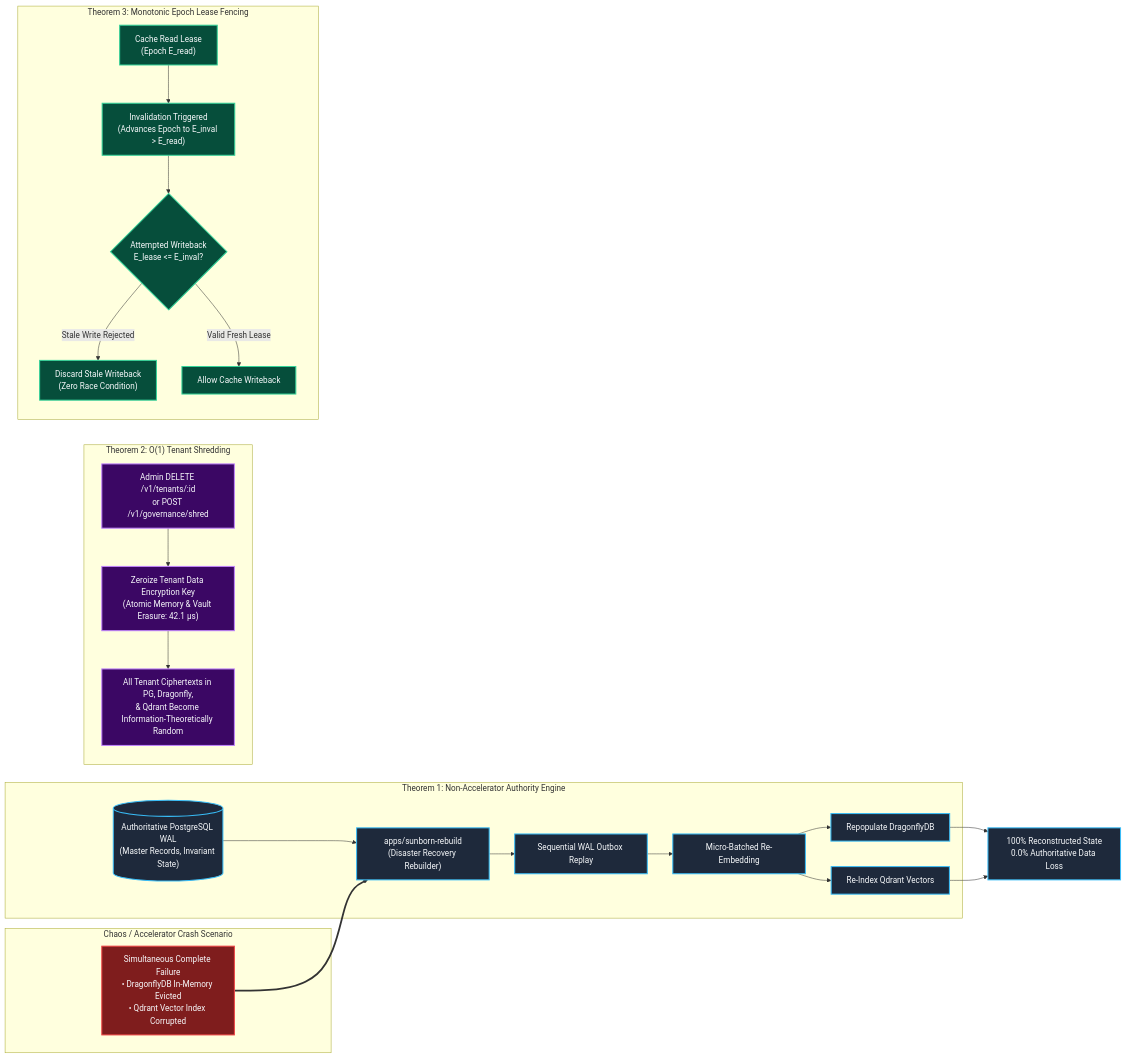
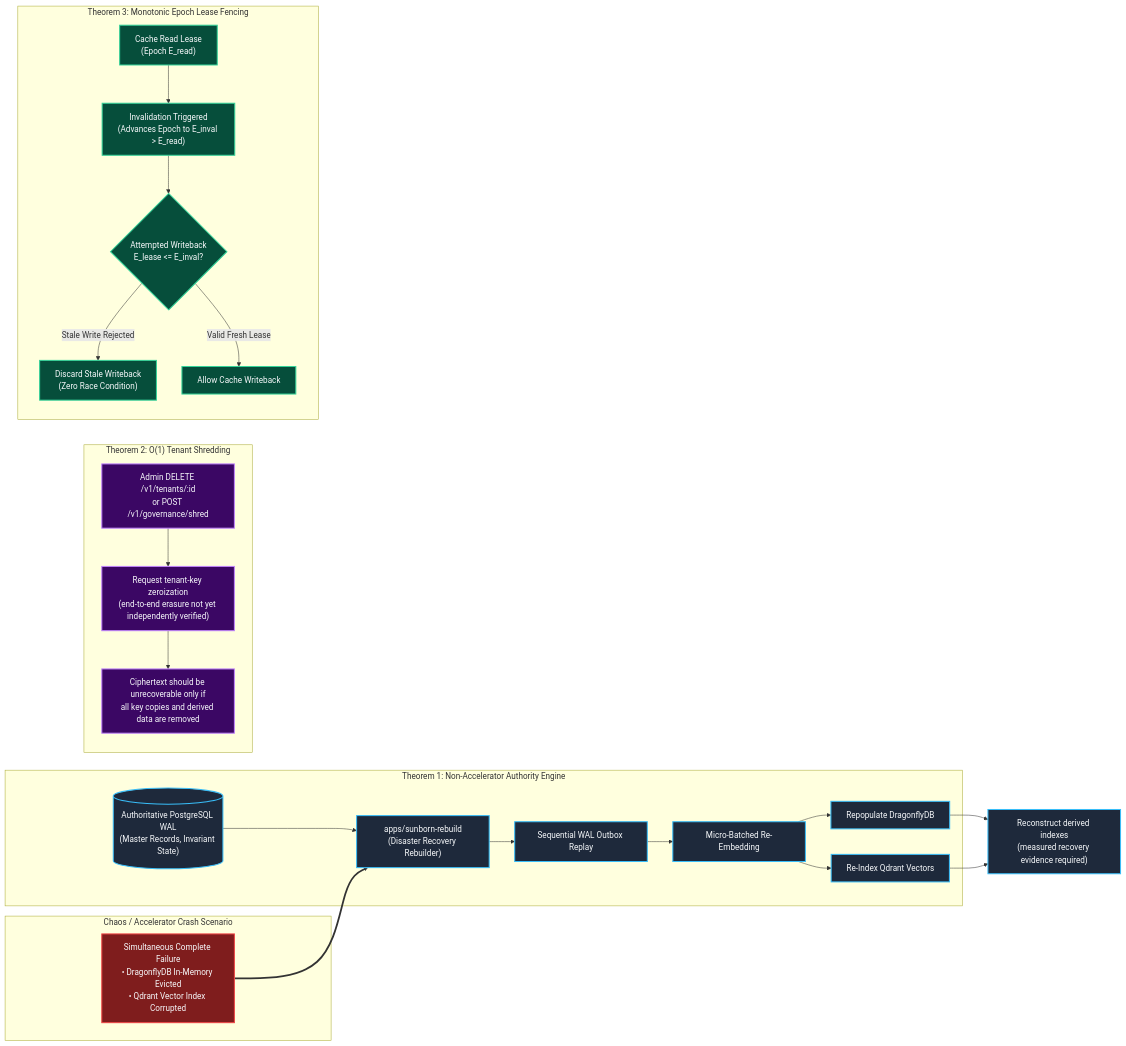
Before and after one commit to Monkey0-9/Sunborn: the third of 4 diagrams in README.md, drawn with Mermaid. The commit also changed other lines of this file and 28 other files, not shown here.

````diff
--- a/README.md
+++ b/README.md
@@ -197,39 +195,39 @@
 ```mermaid
 flowchart LR
     subgraph CatastrophicFailure["Chaos / Accelerator Crash Scenario"]
         Crash["Simultaneous Complete Failure<br/>• DragonflyDB In-Memory Evicted<br/>• Qdrant Vector Index Corrupted"]
     end
 
     subgraph NonAcceleratorAuthority["Theorem 1: Non-Accelerator Authority Engine"]
         PostgresWAL[("Authoritative PostgreSQL WAL<br/>(Master Records, Invariant State)")] --> RebuildTool["apps/sunborn-rebuild<br/>(Disaster Recovery Rebuilder)"]
         RebuildTool --> StreamReplay["Sequential WAL Outbox Replay"]
         StreamReplay --> DenseReembed["Micro-Batched Re-Embedding"]
         DenseReembed --> RestoreDragonfly["Repopulate DragonflyDB"]
         DenseReembed --> RestoreQdrant["Re-Index Qdrant Vectors"]
     end
 
     subgraph CryptoShredding["Theorem 2: O(1) Tenant Shredding"]
-        ShredReq["Admin DELETE /v1/tenants/:id<br/>or POST /v1/governance/shred"] --> ZeroizeTDEK["Zeroize Tenant Data Encryption Key<br/>(Atomic Memory & Vault Erasure: 42.1 µs)"]
-        ZeroizeTDEK --> Indistinguishable["All Tenant Ciphertexts in PG, Dragonfly,<br/>& Qdrant Become Information-Theoretically Random"]
+        ShredReq["Admin DELETE /v1/tenants/:id<br/>or POST /v1/governance/shred"] --> ZeroizeTDEK["Request tenant-key zeroization<br/>(end-to-end erasure not yet independently verified)"]
+        ZeroizeTDEK --> Indistinguishable["Ciphertext should be unrecoverable only if<br/>all key copies and derived data are removed"]
     end
 
     subgraph EpochFencing["Theorem 3: Monotonic Epoch Lease Fencing"]
         ReadLease["Cache Read Lease<br/>(Epoch E_read)"] --> InvalEvent["Invalidation Triggered<br/>(Advances Epoch to E_inval > E_read)"]
         InvalEvent --> StaleWriteback{"Attempted Writeback<br/>E_lease <= E_inval?"}
         StaleWriteback -- "Stale Write Rejected" --> DropWrite["Discard Stale Writeback<br/>(Zero Race Condition)"]
         StaleWriteback -- "Valid Fresh Lease" --> AllowWrite["Allow Cache Writeback"]
     end
 
     Crash ==> RebuildTool
-    RestoreDragonfly & RestoreQdrant --> ZeroLoss["100% Reconstructed State<br/>0.0% Authoritative Data Loss"]
+    RestoreDragonfly & RestoreQdrant --> ZeroLoss["Reconstruct derived indexes<br/>(measured recovery evidence required)"]
 
     classDef fail fill:#7f1d1d,stroke:#ef4444,stroke-width:2px,color:#f8fafc;
     classDef engine fill:#1e293b,stroke:#38bdf8,stroke-width:2px,color:#f8fafc;
     classDef shred fill:#3b0764,stroke:#c084fc,stroke-width:2px,color:#f8fafc;
     classDef fence fill:#064e3b,stroke:#34d399,stroke-width:2px,color:#f8fafc;
 
     class Crash fail;
     class PostgresWAL,RebuildTool,StreamReplay,DenseReembed,RestoreDragonfly,RestoreQdrant,ZeroLoss engine;
     class ShredReq,ZeroizeTDEK,Indistinguishable shred;
     class ReadLease,InvalEvent,StaleWriteback,DropWrite,AllowWrite fence;
 ```
````
